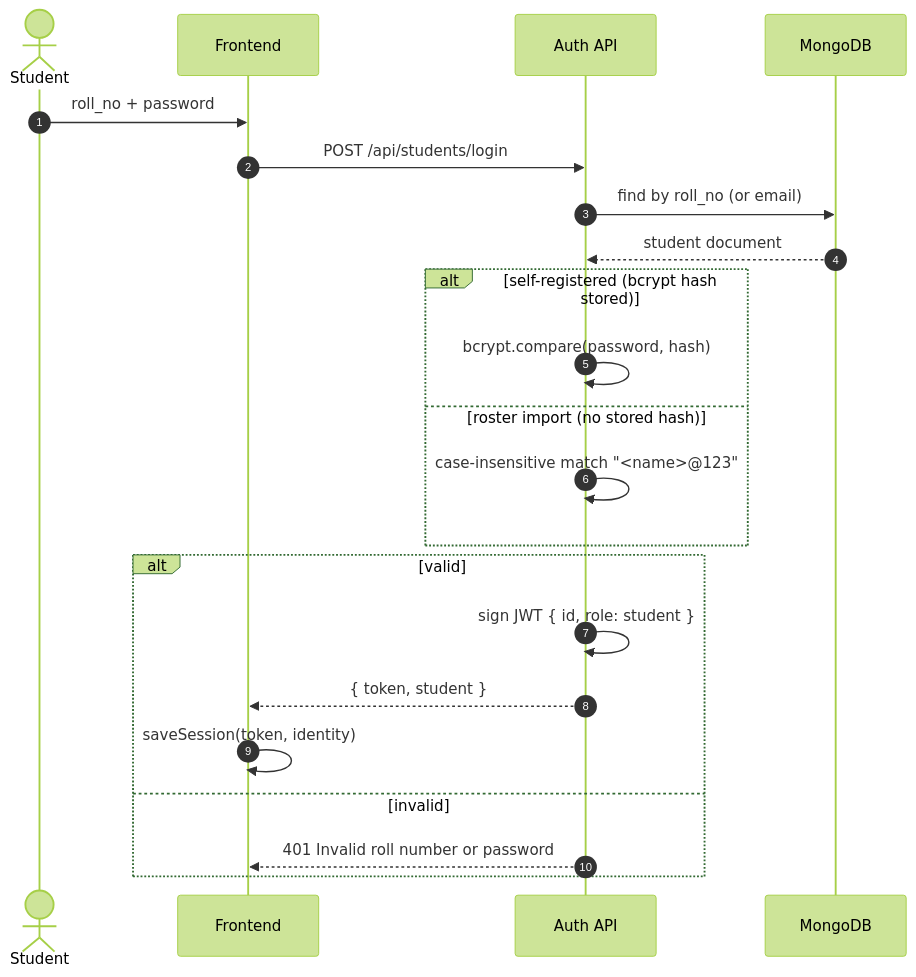
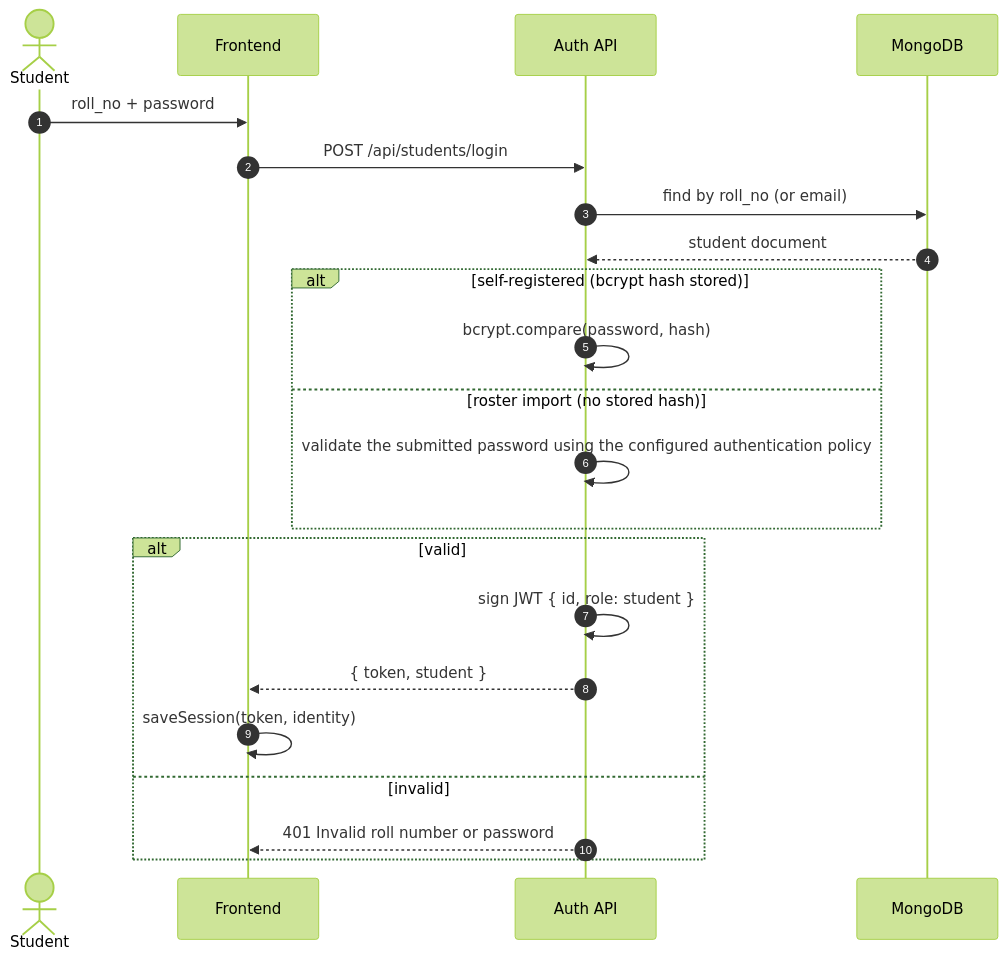
The fourth of 13 diagrams in README.md (cybodexx/edu-growth), drawn with Mermaid (forest theme) before and after one commit. The commit also changed other lines of this file, not shown here.

````diff
--- a/README.md
+++ b/README.md
@@ -227,24 +227,24 @@
 ```mermaid
 sequenceDiagram
     autonumber
     actor S as Student
     participant FE as Frontend
     participant AU as Auth API
     participant DB as MongoDB
     S->>FE: roll_no + password
     FE->>AU: POST /api/students/login
     AU->>DB: find by roll_no (or email)
     DB-->>AU: student document
     alt self-registered (bcrypt hash stored)
         AU->>AU: bcrypt.compare(password, hash)
     else roster import (no stored hash)
-        AU->>AU: case-insensitive match "<name>@123"
+        AU->>AU: validate the submitted password using the configured authentication policy
     end
     alt valid
         AU->>AU: sign JWT { id, role: student }
         AU-->>FE: { token, student }
         FE->>FE: saveSession(token, identity)
     else invalid
         AU-->>FE: 401 Invalid roll number or password
     end
 ```
````
